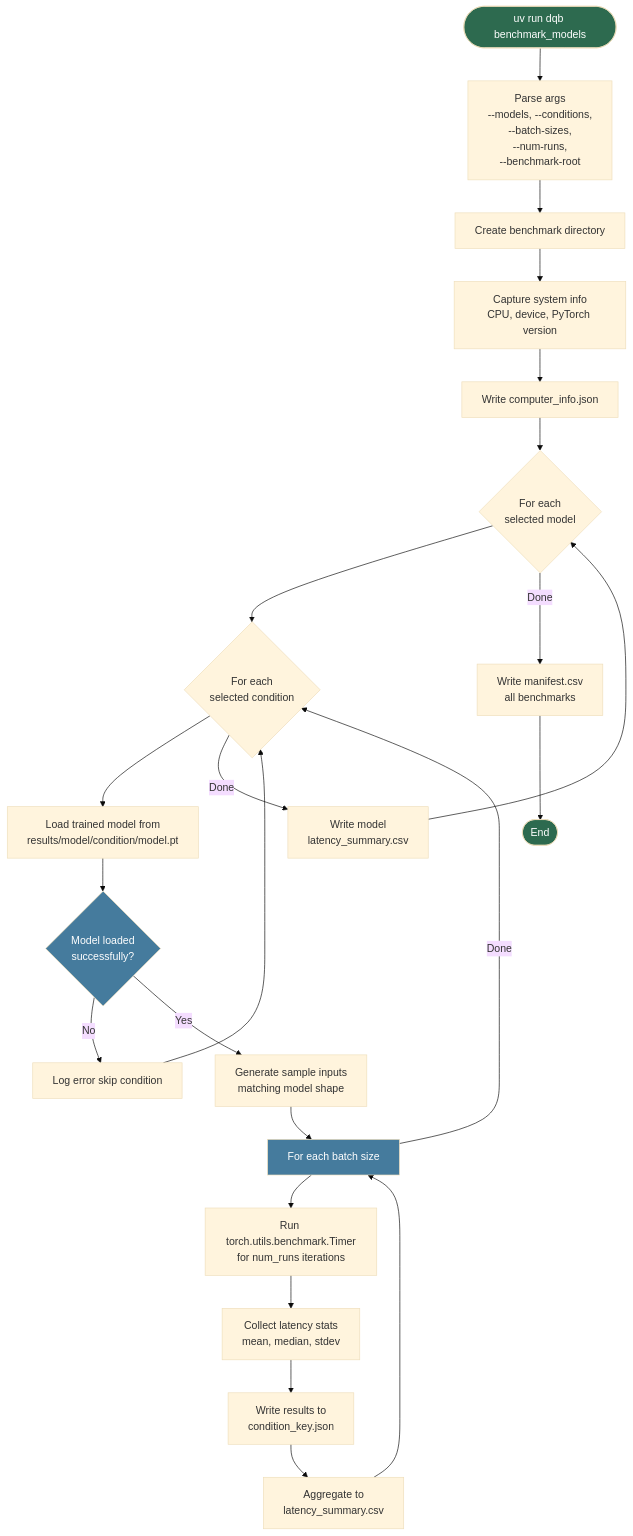
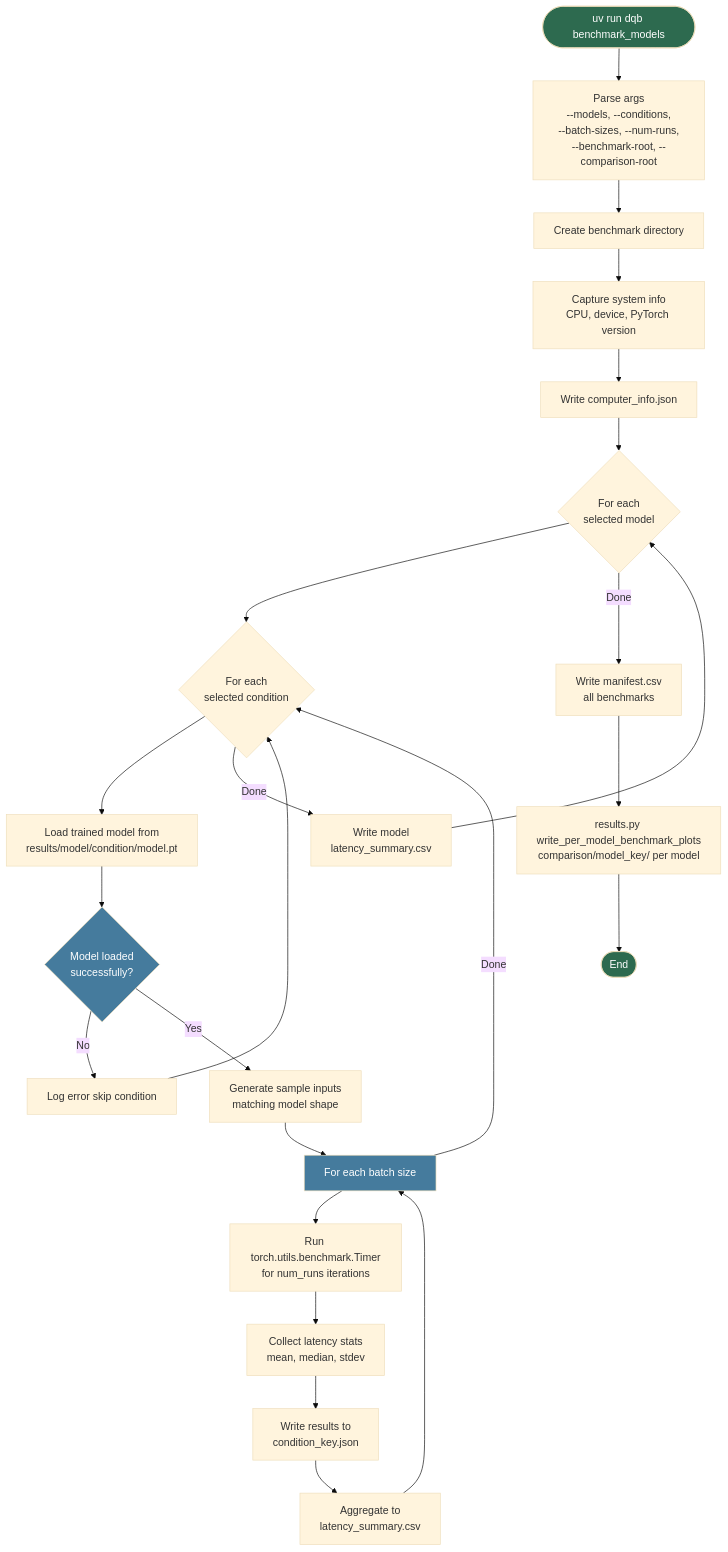
The sixth of 7 diagrams in information/CLI_DIAGRAMS.md (VG-Fish/PerforatedAI-Quantization-Experiment), drawn with Mermaid (base theme) before and after one commit. The commit also changed other lines of this file and 5 other files, not shown here.

Commit message:
made benchmark tool create separate model subdirectories now

````diff
--- a/information/CLI_DIAGRAMS.md
+++ b/information/CLI_DIAGRAMS.md
@@ -249,30 +251,31 @@
 ```mermaid
 flowchart TD
-    A([uv run dqb benchmark_models]) --> B["Parse args<br>--models, --conditions,<br>--batch-sizes,<br>--num-runs,<br>--benchmark-root"]
+    A([uv run dqb benchmark_models]) --> B["Parse args<br>--models, --conditions,<br>--batch-sizes, --num-runs,<br>--benchmark-root, --comparison-root"]
     B --> C["Create benchmark directory"]
     C --> D["Capture system info<br>CPU, device, PyTorch version"]
     D --> E["Write computer_info.json"]
     E --> F{"For each<br>selected model"}
     F --> G{"For each<br>selected condition"}
     G --> H["Load trained model from<br>results/model/condition/model.pt"]
     H --> I{"Model loaded<br>successfully?"}
     I -->|No| J["Log error skip condition"]
     I -->|Yes| K["Generate sample inputs<br>matching model shape"]
     K --> L["For each batch size"]
     L --> M["Run torch.utils.benchmark.Timer<br>for num_runs iterations"]
     M --> N["Collect latency stats<br>mean, median, stdev"]
     N --> O["Write results to<br>condition_key.json"]
     O --> P["Aggregate to<br>latency_summary.csv"]
     P --> L
     L -->|Done| G
     J --> G
     G -->|Done| Q["Write model<br>latency_summary.csv"]
     Q --> F
     F -->|Done| R["Write manifest.csv<br>all benchmarks"]
-    R --> ZZ([End])
+    R --> S["results.py write_per_model_benchmark_plots<br>comparison/model_key/ per model"]
+    S --> ZZ([End])
 
     style A fill:#2d6a4f,color:#fff
     style ZZ fill:#2d6a4f,color:#fff
     style I fill:#457b9d,color:#fff
     style L fill:#457b9d,color:#fff
 ```
````
